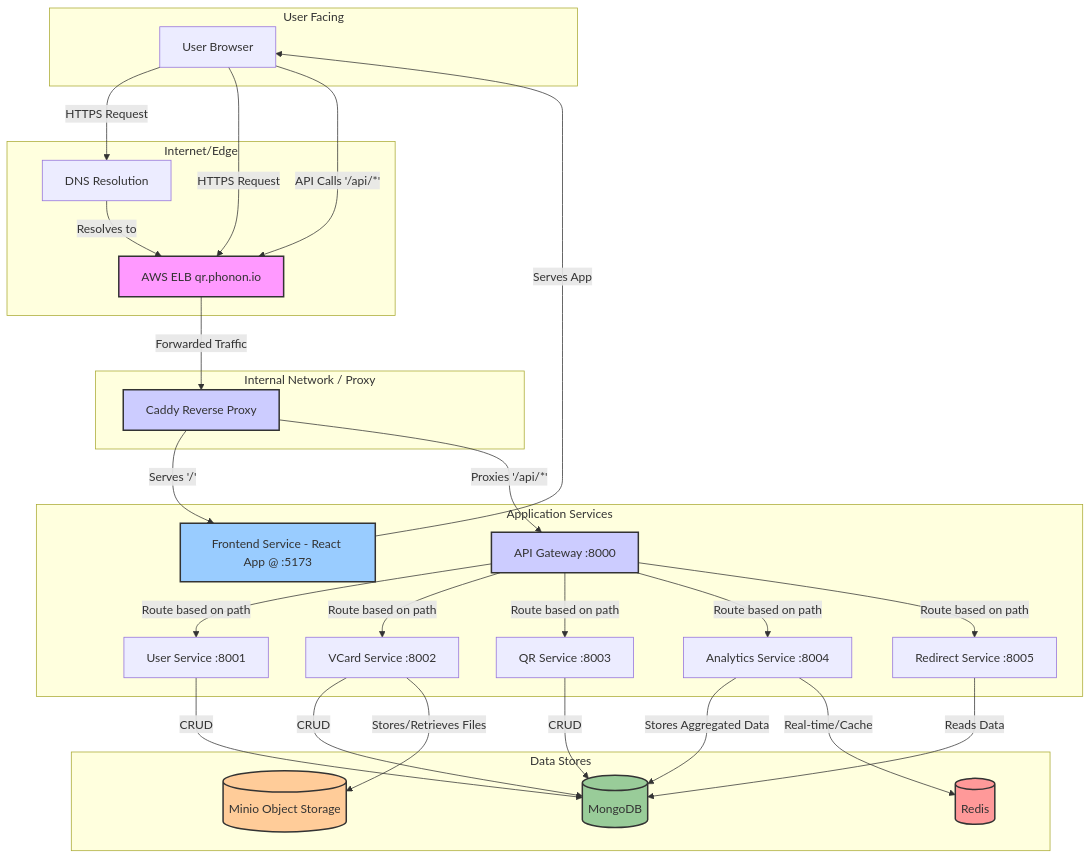
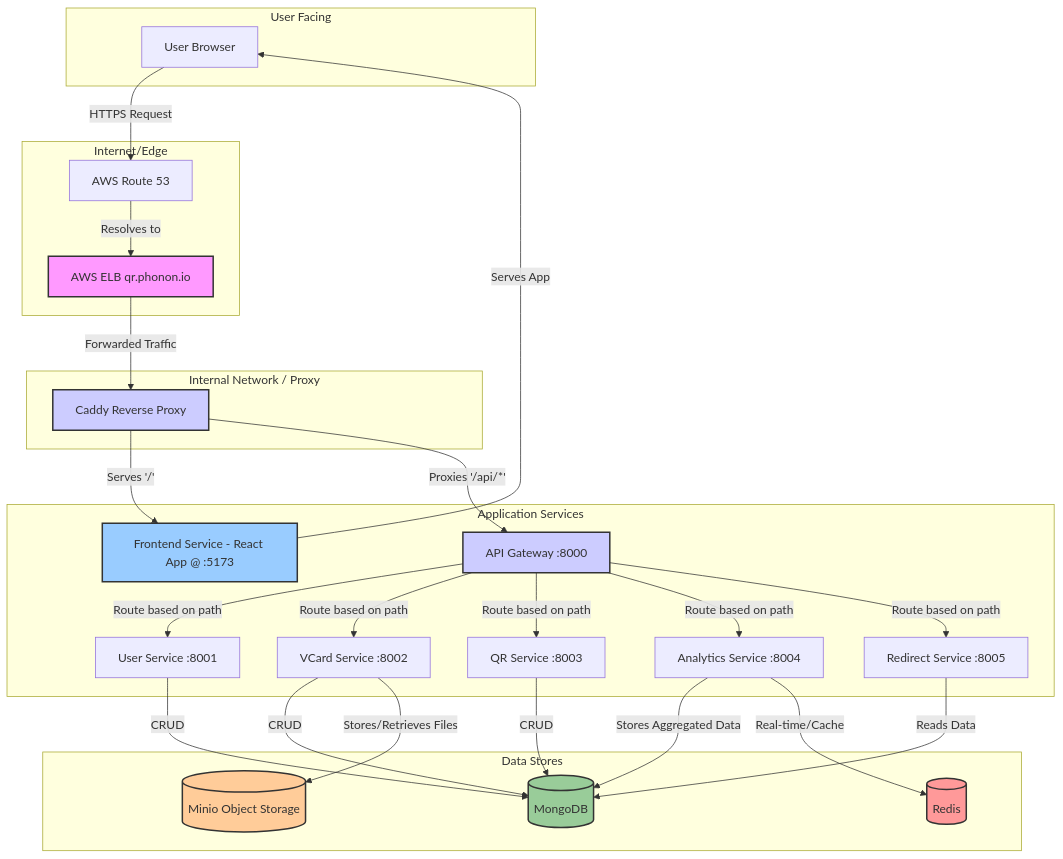
The diagram in docs/Architecture Diagrams/Architecture_Staging.mmd (raghavsar/trackable_qr_code_project), drawn with Mermaid before and after one commit. The commit also changed 2 other files, not shown here.

Commit message:
Architecture Diagrams #3

```diff
--- a/docs/Architecture Diagrams/Architecture_Staging.mmd
+++ b/docs/Architecture Diagrams/Architecture_Staging.mmd
@@ -1,69 +1,50 @@
-graph TD
-    subgraph User Facing
-        User[User Browser]
-    end
-
-    subgraph Internet/Edge
-        DNS[DNS Resolution]
-        ELB[AWS ELB qr.phonon.io]
-    end
-
-    subgraph Internal Network / Proxy
-        Caddy[Caddy Reverse Proxy]
-    end
-
-    subgraph Application Services
-        Frontend[Frontend Service - React App @ :5173]
-        APIGateway[API Gateway :8000]
-        UserService[User Service :8001]
-        VCardService[VCard Service :8002]
-        QRService[QR Service :8003]
-        AnalyticsService[Analytics Service :8004]
-        RedirectService[Redirect Service :8005]
-    end
-
-    subgraph Data Stores
-        MongoDB[(MongoDB)]
-        Redis[(Redis)]
-        Minio[(Minio Object Storage)]
-    end
-
-    %% Request Flow
-    User -- "HTTPS Request" --> DNS
-    DNS -- "Resolves to" --> ELB
-    User -- "HTTPS Request" --> ELB
-
-    ELB -- "Forwarded Traffic" --> Caddy
-
-    %% Caddy Routing
-    Caddy -- "Serves '/'" --> Frontend
-    Caddy -- "Proxies '/api/*'" --> APIGateway
-
-    %% Frontend Interaction
-    Frontend -- "Serves App" --> User
-    User -- "API Calls '/api/*'" --> ELB
-
-    %% API Gateway Routing
-    APIGateway -- "Route based on path" --> UserService
-    APIGateway -- "Route based on path" --> VCardService
-    APIGateway -- "Route based on path" --> QRService
-    APIGateway -- "Route based on path" --> AnalyticsService
-    APIGateway -- "Route based on path" --> RedirectService
-
-    %% Microservice Dependencies
+---
+config:
+  layout: fixed
+---
+flowchart TD
+ subgraph subGraph0["User Facing"]
+        User["User Browser"]
+  end
+ subgraph s1["Internet/Edge"]
+        DNS["AWS Route 53"]
+        ELB["AWS ELB qr.phonon.io"]
+  end
+ subgraph subGraph2["Internal Network / Proxy"]
+        Caddy["Caddy Reverse Proxy"]
+  end
+ subgraph subGraph3["Application Services"]
+        Frontend["Frontend Service - React App @ :5173"]
+        APIGateway["API Gateway :8000"]
+        UserService["User Service :8001"]
+        VCardService["VCard Service :8002"]
+        QRService["QR Service :8003"]
+        AnalyticsService["Analytics Service :8004"]
+        RedirectService["Redirect Service :8005"]
+  end
+ subgraph subGraph4["Data Stores"]
+        MongoDB[("MongoDB")]
+        Redis[("Redis")]
+        Minio[("Minio Object Storage")]
+  end
+    User -- HTTPS Request --> DNS
+    DNS -- Resolves to --> ELB
+    ELB -- Forwarded Traffic --> Caddy
+    Caddy -- Serves '/' --> Frontend
+    Caddy -- Proxies '/api/*' --> APIGateway
+    Frontend -- Serves App --> User
+    APIGateway -- Route based on path --> UserService & VCardService & QRService & AnalyticsService & RedirectService
     UserService -- CRUD --> MongoDB
     VCardService -- CRUD --> MongoDB
-    VCardService -- "Stores/Retrieves Files" --> Minio
+    VCardService -- Stores/Retrieves Files --> Minio
     QRService -- CRUD --> MongoDB
-    AnalyticsService -- "Stores Aggregated Data" --> MongoDB
+    AnalyticsService -- Stores Aggregated Data --> MongoDB
     AnalyticsService -- "Real-time/Cache" --> Redis
-    RedirectService -- "Reads Data" --> MongoDB
-
-    %% Styling (Optional)
+    RedirectService -- Reads Data --> MongoDB
     style ELB fill:#f9f,stroke:#333,stroke-width:2px
     style Caddy fill:#ccf,stroke:#333,stroke-width:2px
+    style Frontend fill:#9cf,stroke:#333,stroke-width:2px
     style APIGateway fill:#ccf,stroke:#333,stroke-width:2px
-    style Frontend fill:#9cf,stroke:#333,stroke-width:2px
     style MongoDB fill:#9c9,stroke:#333,stroke-width:2px
     style Redis fill:#f99,stroke:#333,stroke-width:2px
     style Minio fill:#fc9,stroke:#333,stroke-width:2px
```
